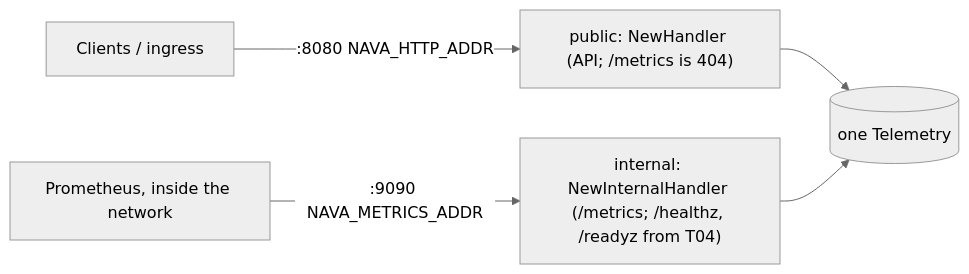
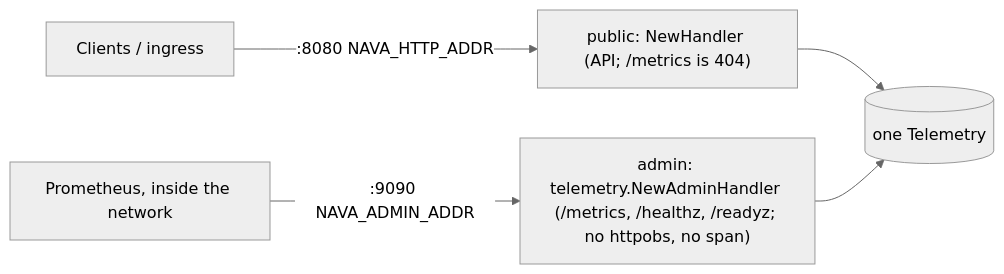
Before and after one commit to Navaladi2019/TicketingSystem: the first of 2 diagrams in docs/architecture/nava-core-skeleton.md, drawn with Mermaid (neutral theme). The commit also changed other lines of this file and 12 other files, not shown here.

First line of the commit message:
T04: admin listener in internal/platform/telemetry, NAVA_METRICS_ADDR -> NAVA_ADMIN_ADDR

````diff
--- a/docs/architecture/nava-core-skeleton.md
+++ b/docs/architecture/nava-core-skeleton.md
@@ -42,7 +42,7 @@
 ```mermaid
 flowchart LR
   C[Clients / ingress] -->|":8080 NAVA_HTTP_ADDR"| P["public: NewHandler (API; /metrics is 404)"]
-  S[Prometheus, inside the network] -->|":9090 NAVA_METRICS_ADDR"| I["internal: NewInternalHandler (/metrics; /healthz, /readyz from T04)"]
+  S[Prometheus, inside the network] -->|":9090 NAVA_ADMIN_ADDR"| I["admin: telemetry.NewAdminHandler (/metrics, /healthz, /readyz; no httpobs, no span)"]
   P --> T[(one Telemetry)]
   I --> T
 ```
````
